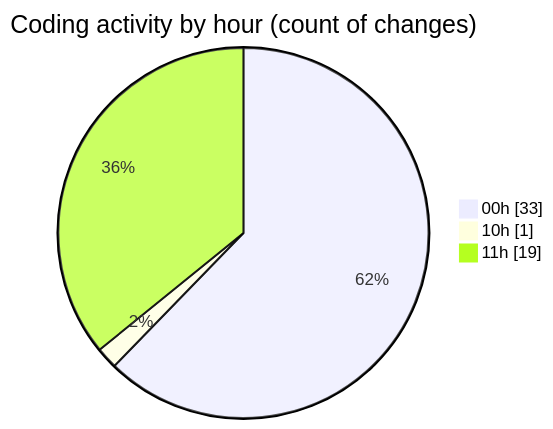
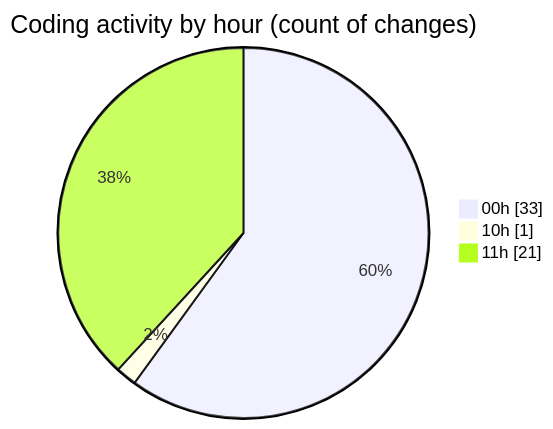
One commit to nxtqubesakshisongat/code-tracking changed the second of 2 diagrams in 2025-08-10/nxtqube_webapp/README.md. Above: the diagram before and after it, drawn with Mermaid. The commit also changed other lines of this file and 1 other file, not shown here.

````diff
--- a/2025-08-10/nxtqube_webapp/README.md
+++ b/2025-08-10/nxtqube_webapp/README.md
@@ -29,7 +29,7 @@
 ```mermaid
 pie showData
 title Coding activity by hour (count of changes)
 "00h" : 33
 "10h" : 1
-"11h" : 19
+"11h" : 21
 ```
````
